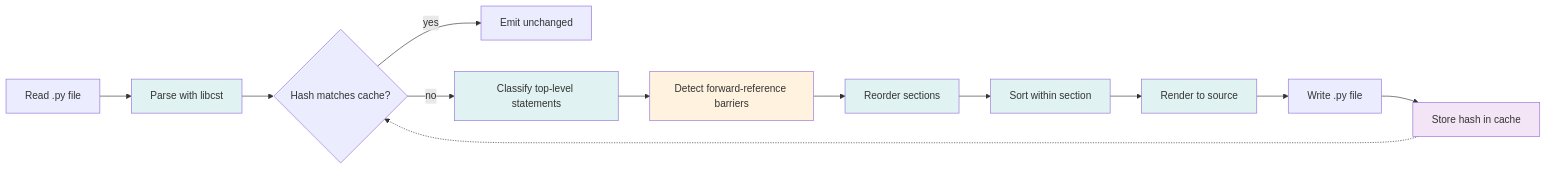
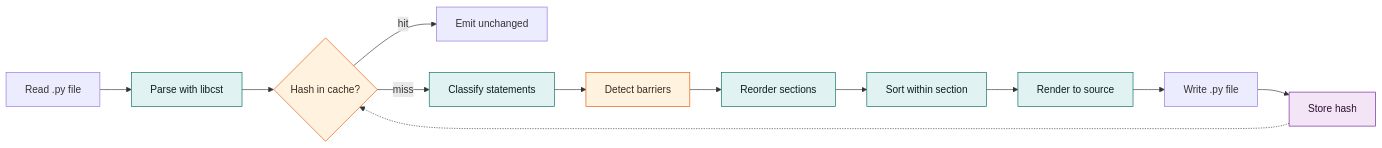
Before and after one commit to jr2804/clean-sort: the first of 2 diagrams in docs/architecture.md, drawn with Mermaid. The commit also changed other lines of this file and 1 other file, not shown here.

First line of the commit message:
fix(docs): render Mermaid diagrams and drop a fabricated cache

````diff
--- a/docs/architecture.md
+++ b/docs/architecture.md
@@ -14,22 +14,21 @@
 ```mermaid
 flowchart LR
-    A[Read .py file] --> B[Parse with libcst]
-    B --> C{Hash matches cache?}
-    C -- yes --> Z[Emit unchanged]
-    C -- no --> D[Classify top-level statements]
-    D --> E[Detect forward-reference barriers]
-    E --> F[Reorder sections]
-    F --> G[Sort within section]
-    G --> H[Render to source]
-    H --> I[Write .py file]
-    I --> J[Store hash in cache]
-    J -.-> C
+    Read["Read .py file"] --> Parse["Parse with libcst"]
+    Parse --> CacheCheck{"Hash in cache?"}
+    CacheCheck -->|hit| Emit["Emit unchanged"]
+    CacheCheck -->|miss| Classify["Classify statements"]
+    Classify --> Barriers["Detect barriers"]
+    Barriers --> Sections["Reorder sections"]
+    Sections --> InSection["Sort within section"]
+    InSection --> Render["Render to source"]
+    Render --> Write["Write .py file"]
+    Write --> Store["Store hash"]
+    Store -.-> CacheCheck
 
-    style B fill:#e0f2f1
-    style D fill:#e0f2f1
-    style E fill:#fff3e0
-    style F fill:#e0f2f1
-    style G fill:#e0f2f1
-    style H fill:#e0f2f1
-    style J fill:#f3e5f5
+    classDef step fill:#e0f2f1,stroke:#00695c,color:#0b1f1c
+    classDef guard fill:#fff3e0,stroke:#e65100,color:#3e2723
+    classDef cache fill:#f3e5f5,stroke:#6a1b9a,color:#2a0d33
+    class Parse,Classify,Sections,InSection,Render step
+    class CacheCheck,Barriers guard
+    class Store cache
 ```
````
